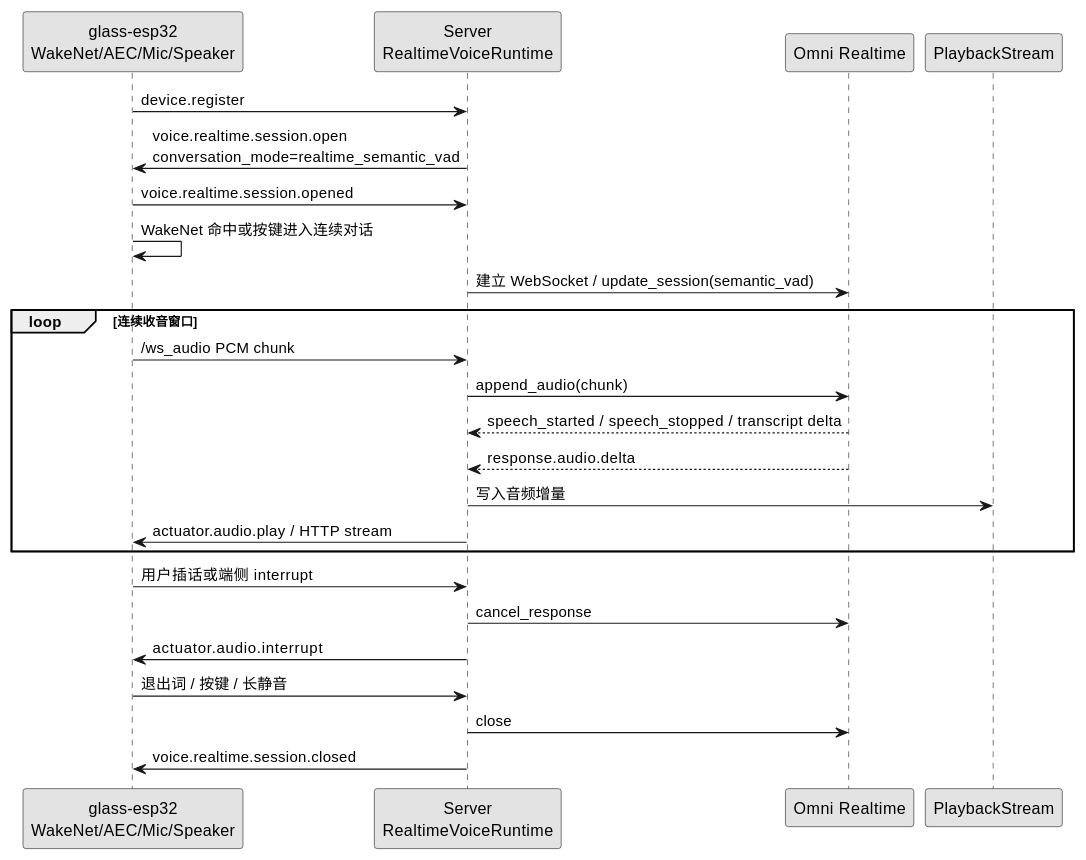
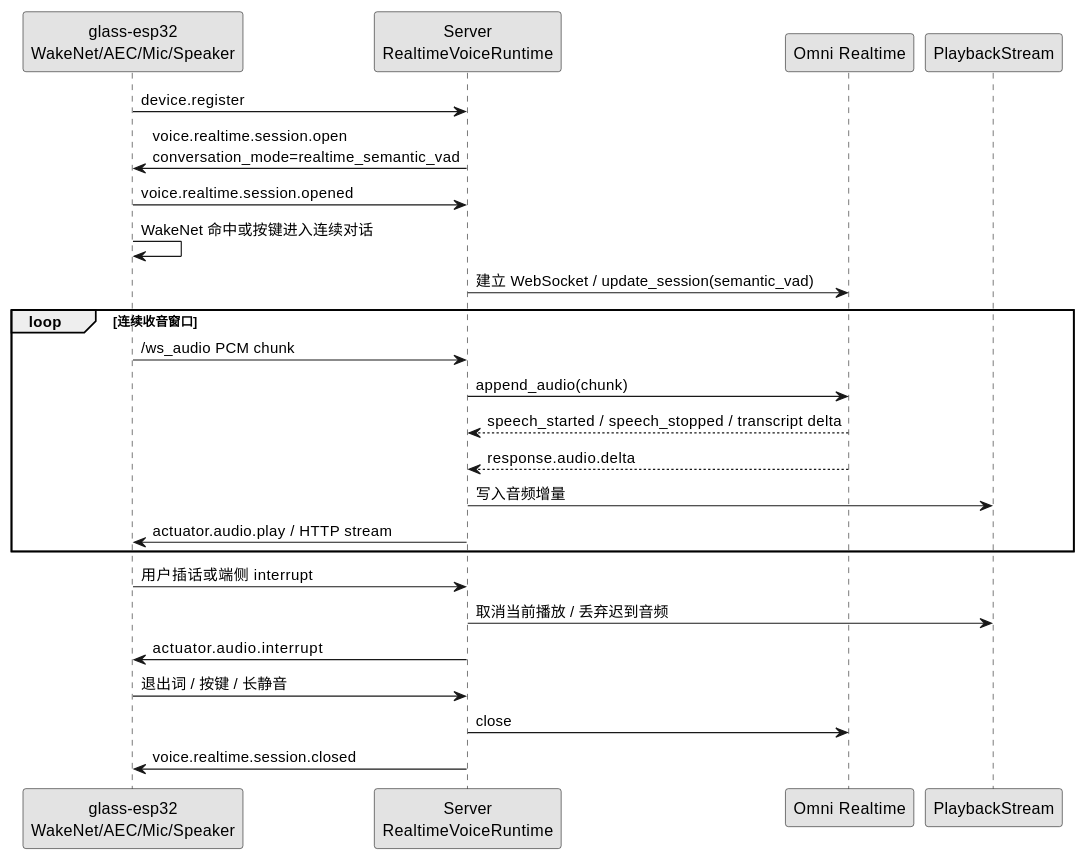
One commit to HengeLiu/RealtimeAgent changed the second of 2 diagrams in openaiglass-sdk/docs/structure-design/Omni语义实时连续对话设计.md. Above: the diagram before and after it, drawn with PlantUML. The commit also changed other lines of this file and 10 other files, not shown here.

````diff
--- a/openaiglass-sdk/docs/structure-design/Omni语义实时连续对话设计.md
+++ b/openaiglass-sdk/docs/structure-design/Omni语义实时连续对话设计.md
@@ -56,33 +56,33 @@
 ```plantuml
 @startuml
 skinparam monochrome true
 participant "glass-esp32\nWakeNet/AEC/Mic/Speaker" as Glass
 participant "Server\nRealtimeVoiceRuntime" as Server
 participant "Omni Realtime" as Omni
 participant "PlaybackStream" as Playback
 
 Glass -> Server : device.register
 Server -> Glass : voice.realtime.session.open\nconversation_mode=realtime_semantic_vad
 Glass -> Server : voice.realtime.session.opened
 
 Glass -> Glass : WakeNet 命中或按键进入连续对话
 Server -> Omni : 建立 WebSocket / update_session(semantic_vad)
 
 loop 连续收音窗口
   Glass -> Server : /ws_audio PCM chunk
   Server -> Omni : append_audio(chunk)
   Omni --> Server : speech_started / speech_stopped / transcript delta
   Omni --> Server : response.audio.delta
   Server -> Playback : 写入音频增量
   Server -> Glass : actuator.audio.play / HTTP stream
 end
 
 Glass -> Server : 用户插话或端侧 interrupt
-Server -> Omni : cancel_response
+Server -> Playback : 取消当前播放 / 丢弃迟到音频
 Server -> Glass : actuator.audio.interrupt
 
 Glass -> Server : 退出词 / 按键 / 长静音
 Server -> Omni : close
 Server -> Glass : voice.realtime.session.closed
 @enduml
 ```
````
